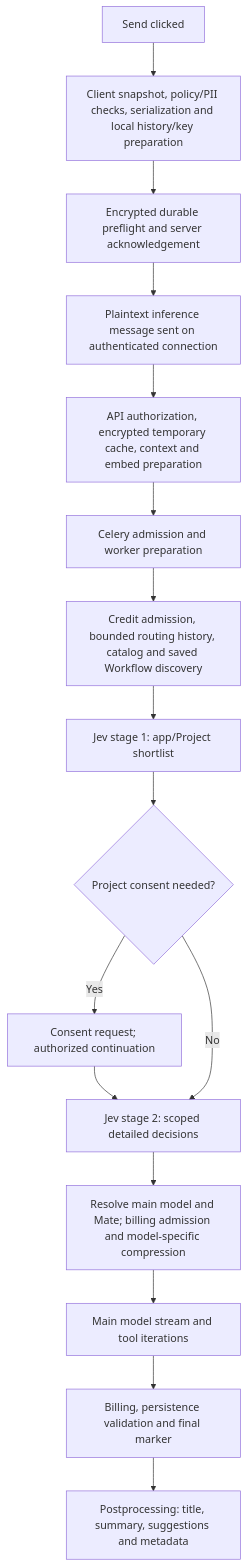
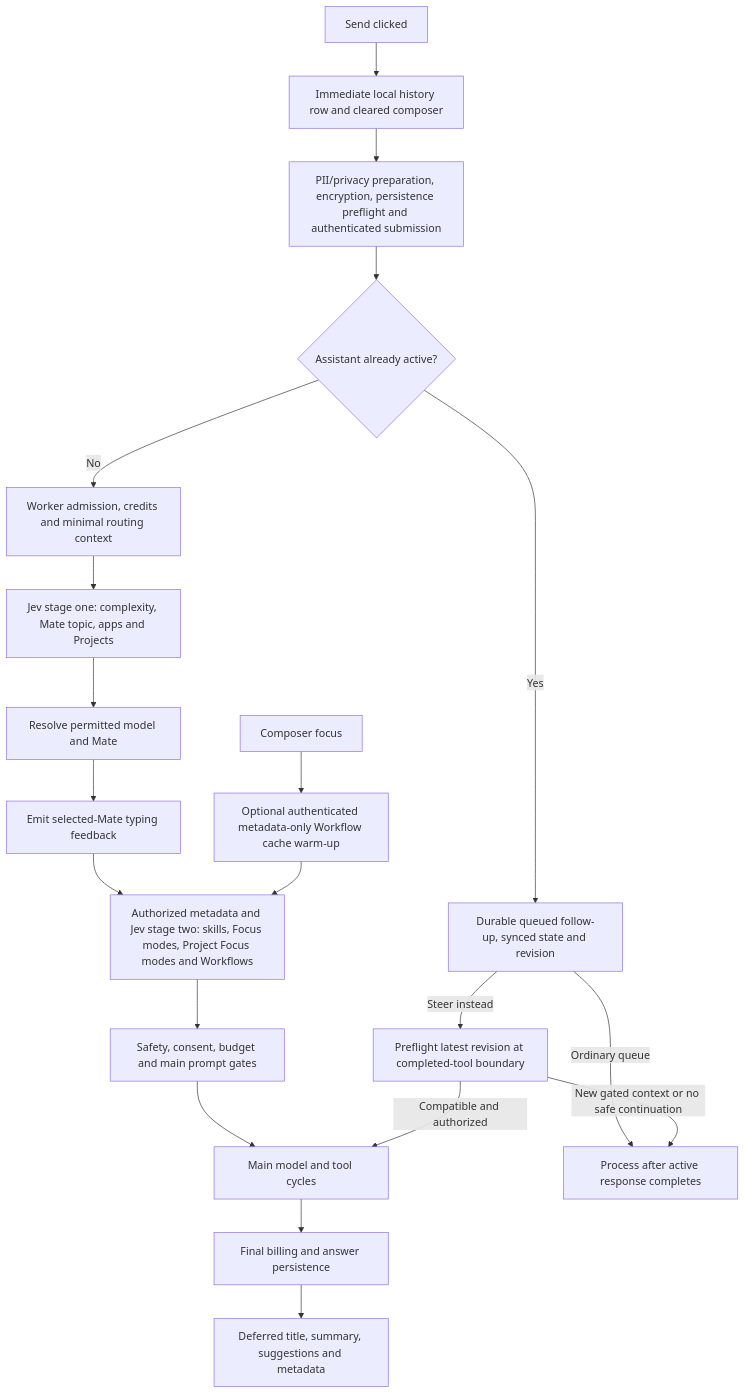
Before and after one commit to glowingkitty/OpenMates: the diagram in docs/plans/chat-latency-improvements/report.md, drawn with Mermaid. The commit also changed other lines of this file and 161 other files, not shown here.

````diff
--- a/docs/plans/chat-latency-improvements/report.md
+++ b/docs/plans/chat-latency-improvements/report.md
@@ -42,18 +22,22 @@
 ```mermaid
 flowchart TD
-    A[Send clicked] --> B[Client snapshot, policy/PII checks, serialization and local history/key preparation]
-    B --> C[Encrypted durable preflight and server acknowledgement]
-    C --> D[Plaintext inference message sent on authenticated connection]
-    D --> E[API authorization, encrypted temporary cache, context and embed preparation]
-    E --> F[Celery admission and worker preparation]
-    F --> G[Credit admission, bounded routing history, catalog and saved Workflow discovery]
-    G --> H[Jev stage 1: app/Project shortlist]
-    H --> I{Project consent needed?}
-    I -->|Yes| J[Consent request; authorized continuation]
-    J --> K[Jev stage 2: scoped detailed decisions]
-    I -->|No| K
-    K --> L[Resolve main model and Mate; billing admission and model-specific compression]
-    L --> M[Main model stream and tool iterations]
-    M --> N[Billing, persistence validation and final marker]
-    N --> O[Postprocessing: title, summary, suggestions and metadata]
+    F[Composer focus] --> W[Optional authenticated metadata-only Workflow cache warm-up]
+    A[Send clicked] --> B[Immediate local history row and cleared composer]
+    B --> C[PII/privacy preparation, encryption, persistence preflight and authenticated submission]
+    C --> Q{Assistant already active?}
+    Q -->|Yes| U[Durable queued follow-up, synced state and revision]
+    Q -->|No| D[Worker admission, credits and minimal routing context]
+    D --> E[Jev stage one: complexity, Mate topic, apps and Projects]
+    E --> G[Resolve permitted model and Mate]
+    G --> H[Emit selected-Mate typing feedback]
+    H --> I[Authorized metadata and Jev stage two: skills, Focus modes, Project Focus modes and Workflows]
+    W --> I
+    I --> J[Safety, consent, budget and main prompt gates]
+    J --> K[Main model and tool cycles]
+    U -->|Ordinary queue| L[Process after active response completes]
+    U -->|Steer instead| S[Preflight latest revision at completed-tool boundary]
+    S -->|Compatible and authorized| K
+    S -->|New gated context or no safe continuation| L
+    K --> M[Final billing and answer persistence]
+    M --> N[Deferred title, summary, suggestions and metadata]
 ```
````
